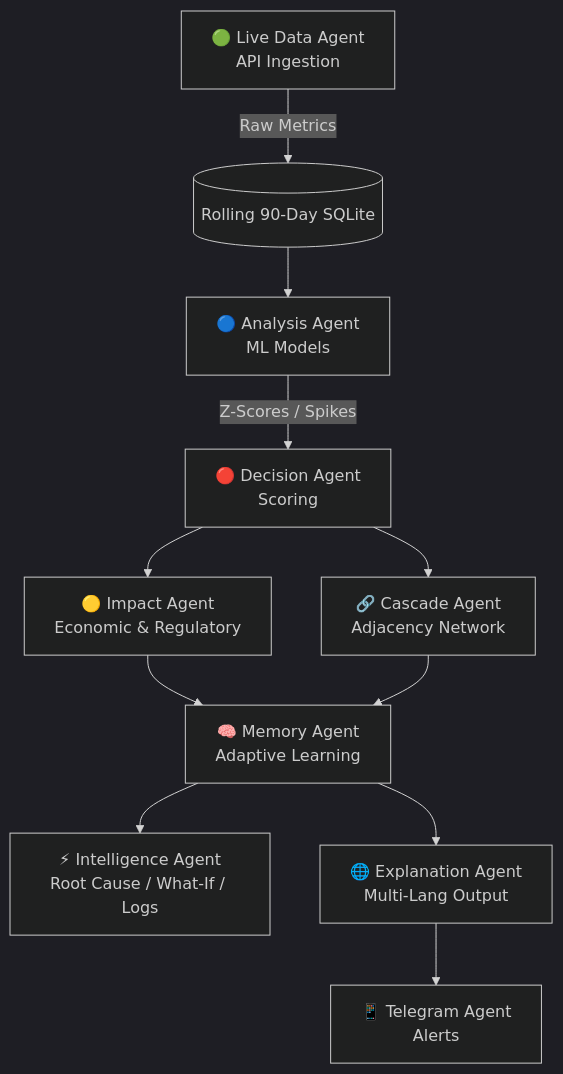
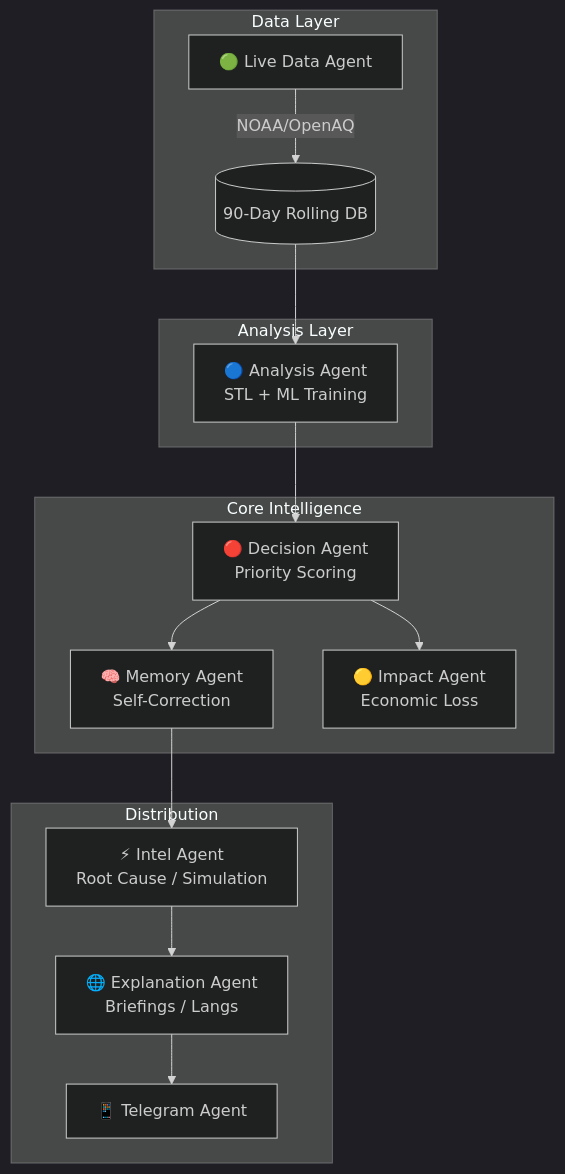
Before and after one commit to TanmayMahajan26/Enviormental-Sentinel-Backend: the diagram in README.md, drawn with Mermaid (dark theme). The commit also changed other lines of this file, not shown here.

````diff
--- a/README.md
+++ b/README.md
@@ -47,12 +50,22 @@
 ```mermaid
 graph TD
-    Data[🟢 Live Data Agent<br>API Ingestion] -->|Raw Metrics| DB[(Rolling 90-Day SQLite)]
-    DB --> Analysis[🔵 Analysis Agent<br>ML Models]
-    Analysis -->|Z-Scores / Spikes| Decision[🔴 Decision Agent<br>Scoring]
-    Decision --> Impact[🟡 Impact Agent<br>Economic & Regulatory]
-    Decision --> Cascade[🔗 Cascade Agent<br>Adjacency Network]
-    Impact & Cascade --> Memory[🧠 Memory Agent<br>Adaptive Learning]
-    Memory --> Intelligence[⚡ Intelligence Agent<br>Root Cause / What-If / Logs]
-    Memory --> Explainer[🌐 Explanation Agent<br>Multi-Lang Output]
-    Explainer --> Telegram[📱 Telegram Agent<br>Alerts]
+    subgraph Data Layer
+        Live[🟢 Live Data Agent] -->|NOAA/OpenAQ| DB[(90-Day Rolling DB)]
+    end
+    
+    subgraph Analysis Layer
+        DB --> Analysis[🔵 Analysis Agent<br>STL + ML Training]
+    end
+    
+    subgraph Core Intelligence
+        Analysis --> Decision[🔴 Decision Agent<br>Priority Scoring]
+        Decision --> Memory[🧠 Memory Agent<br>Self-Correction]
+        Decision --> Impact[🟡 Impact Agent<br>Economic Loss]
+    end
+    
+    subgraph Distribution
+        Memory --> Intel[⚡ Intel Agent<br>Root Cause / Simulation]
+        Intel --> Explainer[🌐 Explanation Agent<br>Briefings / Langs]
+        Explainer --> Telegram[📱 Telegram Agent]
+    end
 ```
````
